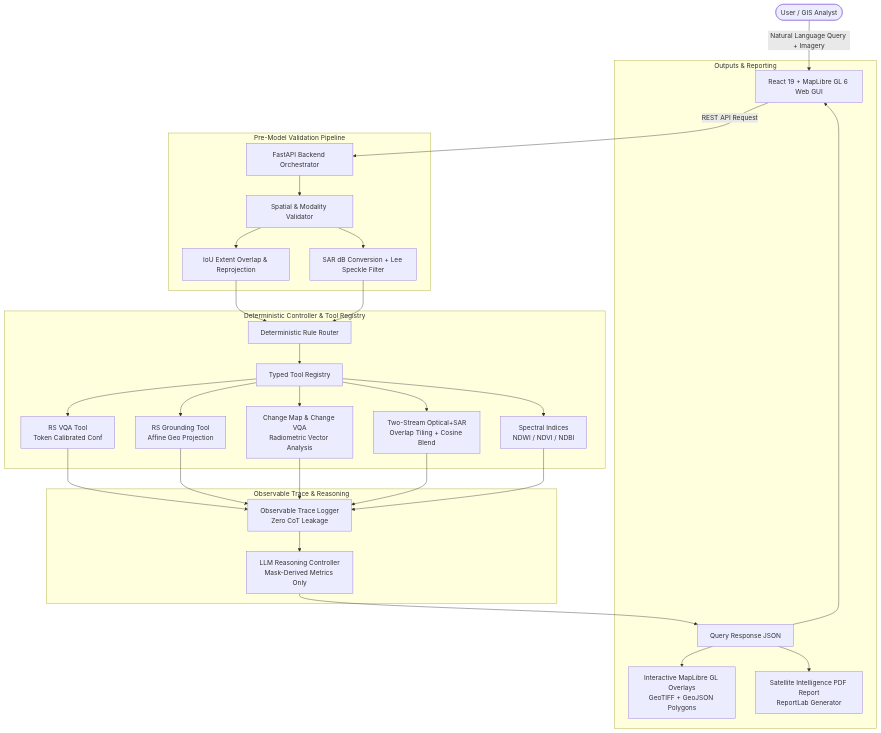
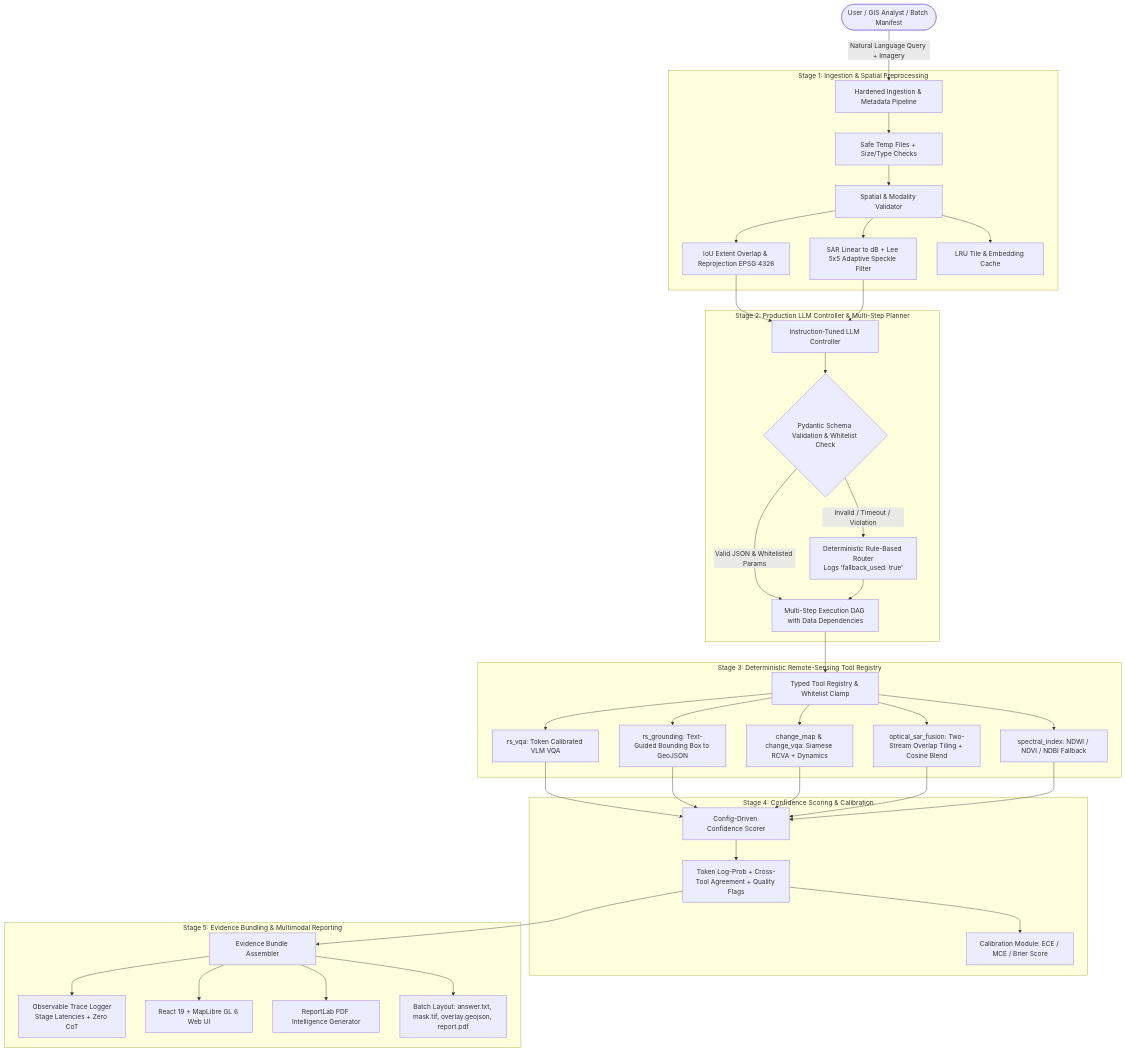
Before and after one commit to 101xnikhil/Sat-Query-Ai: the diagram in README.md, drawn with Mermaid. The commit also changed other lines of this file and 3 other files, not shown here.

````diff
--- a/README.md
+++ b/README.md
@@ -19,33 +22,43 @@
 ```mermaid
 flowchart TD
-    User([User / GIS Analyst]) -->|Natural Language Query + Imagery| WebGUI[React 19 + MapLibre GL 6 Web GUI]
-    WebGUI -->|REST API Request| FastAPI[FastAPI Backend Orchestrator]
+    User([User / GIS Analyst / Batch Manifest]) -->|Natural Language Query + Imagery| Ingest[Hardened Ingestion & Metadata Pipeline]
     
-    subgraph Pre-Model Validation Pipeline
-        FastAPI --> Val[Spatial & Modality Validator]
-        Val --> ExtCheck[IoU Extent Overlap & Reprojection]
-        Val --> SARPrep[SAR dB Conversion + Lee Speckle Filter]
+    subgraph S1["Stage 1: Ingestion & Spatial Preprocessing"]
+        Ingest --> IngestSec[Safe Temp Files + Size/Type Checks]
+        IngestSec --> Val[Spatial & Modality Validator]
+        Val --> ExtCheck[IoU Extent Overlap & Reprojection EPSG:4326]
+        Val --> SARPrep[SAR Linear to dB + Lee 5x5 Adaptive Speckle Filter]
+        Val --> Cache[LRU Tile & Embedding Cache]
     end
 
-    subgraph Deterministic Controller & Tool Registry
-        ExtCheck & SARPrep --> Router[Deterministic Rule Router]
-        Router --> Registry[Typed Tool Registry]
-        Registry --> VQA[RS VQA Tool<br/>Token Calibrated Conf]
-        Registry --> Ground[RS Grounding Tool<br/>Affine Geo Projection]
-        Registry --> RCVA[Change Map & Change VQA<br/>Radiometric Vector Analysis]
-        Registry --> Fusion[Two-Stream Optical+SAR<br/>Overlap Tiling + Cosine Blend]
-        Registry --> Indices[Spectral Indices<br/>NDWI / NDVI / NDBI]
+    subgraph S2["Stage 2: Production LLM Controller & Multi-Step Planner"]
+        ExtCheck & SARPrep --> LLMPlan[Instruction-Tuned LLM Controller]
+        LLMPlan --> PydanticVal{Pydantic Schema Validation & Whitelist Check}
+        PydanticVal -->|Valid JSON & Whitelisted Params| PlanGraph[Multi-Step Execution DAG with Data Dependencies]
+        PydanticVal -->|Invalid / Timeout / Violation| FallbackRouter[Deterministic Rule-Based Router<br/>Logs 'fallback_used: true']
+        FallbackRouter --> PlanGraph
     end
 
-    subgraph Observable Trace & Reasoning
-        VQA & Ground & RCVA & Fusion & Indices --> Trace[Observable Trace Logger<br/>Zero CoT Leakage]
-        Trace --> Reasoner[LLM Reasoning Controller<br/>Mask-Derived Metrics Only]
+    subgraph S3["Stage 3: Deterministic Remote-Sensing Tool Registry"]
+        PlanGraph --> Reg[Typed Tool Registry & Whitelist Clamp]
+        Reg --> T_VQA[rs_vqa: Token Calibrated VLM VQA]
+        Reg --> T_Ground[rs_grounding: Text-Guided Bounding Box to GeoJSON]
+        Reg --> T_Change[change_map & change_vqa: Siamese RCVA + Dynamics]
+        Reg --> T_Fusion[optical_sar_fusion: Two-Stream Overlap Tiling + Cosine Blend]
+        Reg --> T_Indices[spectral_index: NDWI / NDVI / NDBI Fallback]
     end
 
-    subgraph Outputs & Reporting
-        Reasoner --> Resp[Query Response JSON]
-        Resp --> Map[Interactive MapLibre GL Overlays<br/>GeoTIFF + GeoJSON Polygons]
-        Resp --> PDF[Satellite Intelligence PDF Report<br/>ReportLab Generator]
-        Resp --> WebGUI
+    subgraph S4["Stage 4: Confidence Scoring & Calibration"]
+        T_VQA & T_Ground & T_Change & T_Fusion & T_Indices --> Scorer[Config-Driven Confidence Scorer]
+        Scorer --> ConfEval[Token Log-Prob + Cross-Tool Agreement + Quality Flags]
+        ConfEval --> ECE[Calibration Module: ECE / MCE / Brier Score]
+    end
+
+    subgraph S5["Stage 5: Evidence Bundling & Multimodal Reporting"]
+        ConfEval --> Bundle[Evidence Bundle Assembler]
+        Bundle --> TraceLog[Observable Trace Logger<br/>Stage Latencies + Zero CoT]
+        Bundle --> WebGUI[React 19 + MapLibre GL 6 Web UI]
+        Bundle --> PDFRep[ReportLab PDF Intelligence Generator]
+        Bundle --> BatchOut[Batch Layout: answer.txt, mask.tif, overlay.geojson, report.pdf]
     end
 ```
````
